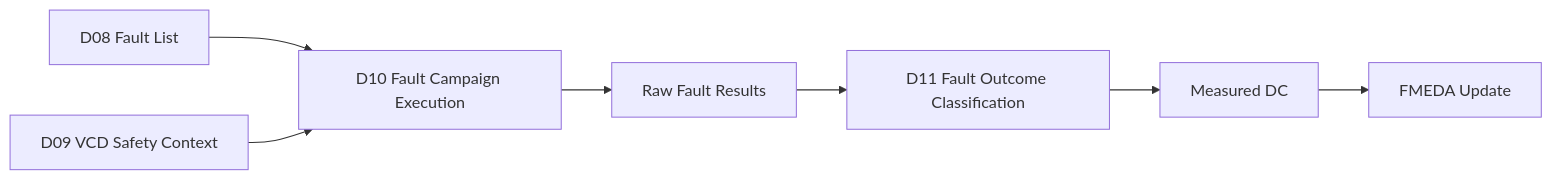
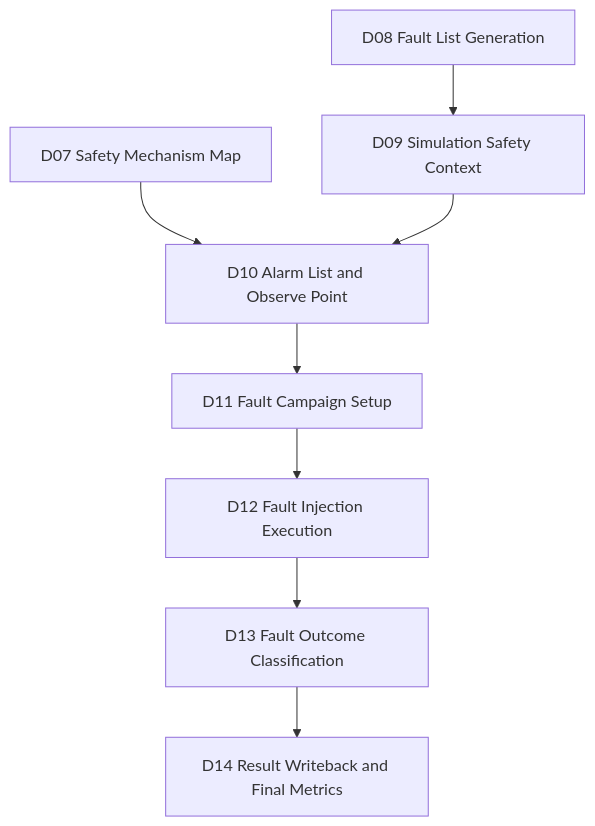
Before and after one commit to qiqixixi1001/automotive-safeic-practice: the first of 8 diagrams in articles/10_automotive_safeic_practice_d10_github_en_fault_campaign_execution.md, drawn with Mermaid. The commit also changed other lines of this file, not shown here.

````diff
--- a/articles/10_automotive_safeic_practice_d10_github_en_fault_campaign_execution.md
+++ b/articles/10_automotive_safeic_practice_d10_github_en_fault_campaign_execution.md
@@ -74,9 +51,10 @@
 ```mermaid
-flowchart LR
-    A[D08 Fault List] --> C[D10 Fault Campaign Execution]
-    B[D09 VCD Safety Context] --> C
-    C --> D[Raw Fault Results]
-    D --> E[D11 Fault Outcome Classification]
-    E --> F[Measured DC]
-    F --> G[FMEDA Update]
+flowchart TD
+    D08[D08 Fault List Generation] --> D09[D09 Simulation Safety Context]
+    D07[D07 Safety Mechanism Map] --> D10[D10 Alarm List and Observe Point]
+    D09 --> D10
+    D10 --> D11[D11 Fault Campaign Setup]
+    D11 --> D12[D12 Fault Injection Execution]
+    D12 --> D13[D13 Fault Outcome Classification]
+    D13 --> D14[D14 Result Writeback and Final Metrics]
 ```
````
